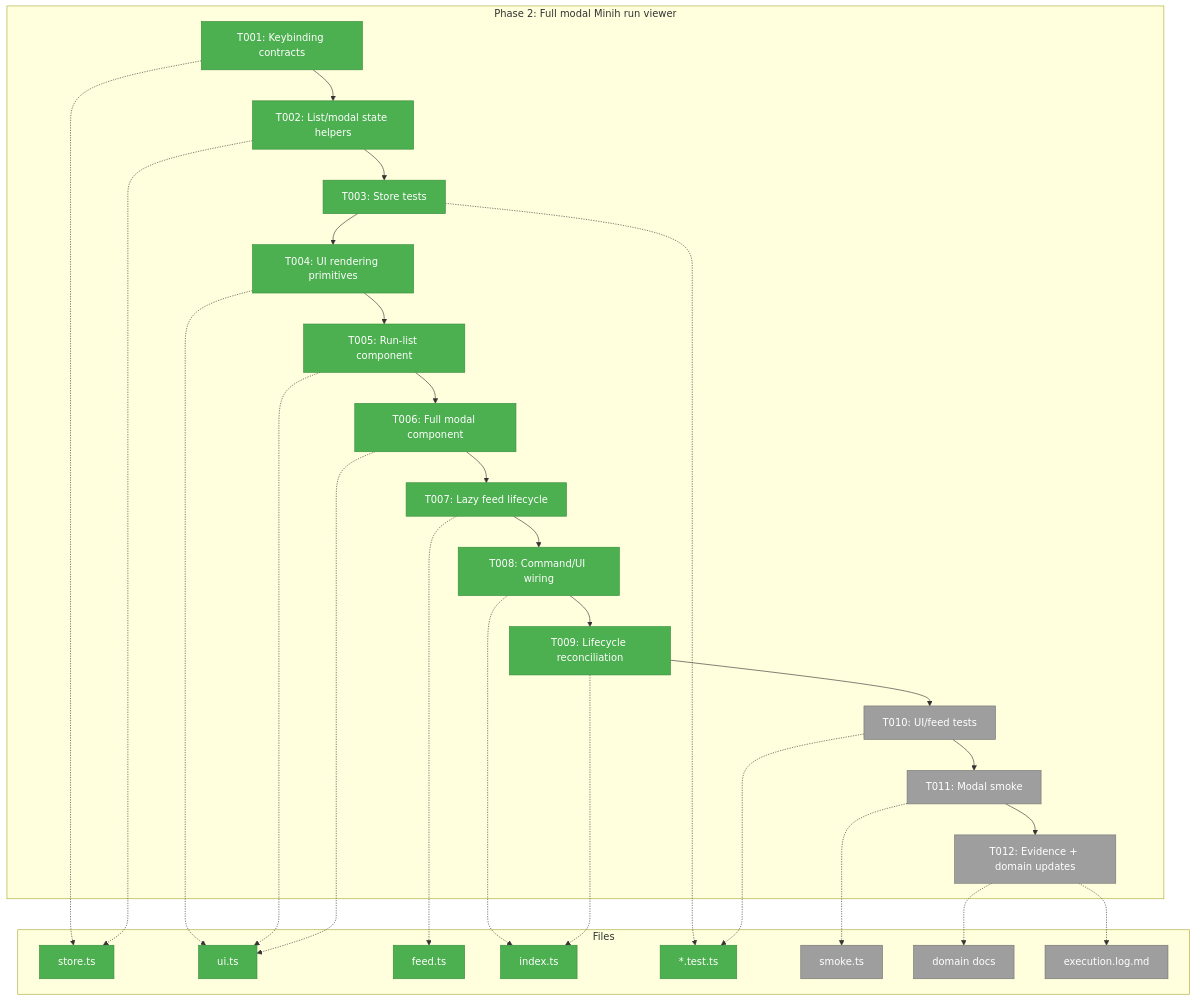
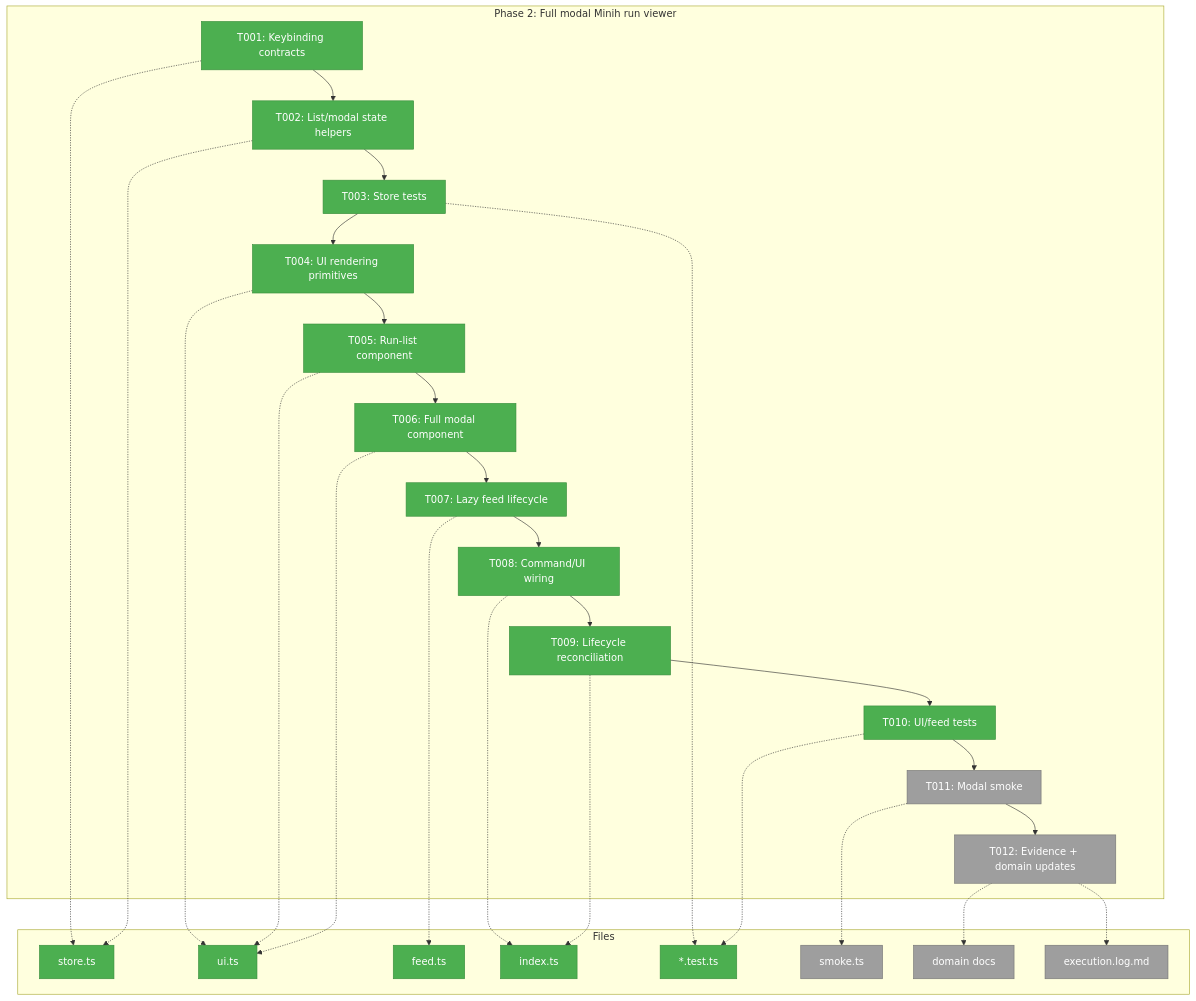
The first of 3 diagrams in docs/plans/007-options-for-pi-extensions-that-do-subagents/tasks/phase-2-full-modal-minih-run-viewer/tasks.md (vaughanknight/pij), drawn with Mermaid before and after one commit. The commit also changed other lines of this file and 4 other files, not shown here.

````diff
--- a/docs/plans/007-options-for-pi-extensions-that-do-subagents/tasks/phase-2-full-modal-minih-run-viewer/tasks.md
+++ b/docs/plans/007-options-for-pi-extensions-that-do-subagents/tasks/phase-2-full-modal-minih-run-viewer/tasks.md
@@ -135,47 +135,47 @@
 ```mermaid
 flowchart TD
     classDef pending fill:#9E9E9E,stroke:#757575,color:#fff
     classDef inprogress fill:#FFC107,stroke:#FFA000,color:#000
     classDef completed fill:#4CAF50,stroke:#388E3C,color:#fff
 
     subgraph Phase["Phase 2: Full modal Minih run viewer"]
         T001["T001: Keybinding contracts"]:::completed
         T002["T002: List/modal state helpers"]:::completed
         T003["T003: Store tests"]:::completed
         T004["T004: UI rendering primitives"]:::completed
         T005["T005: Run-list component"]:::completed
         T006["T006: Full modal component"]:::completed
         T007["T007: Lazy feed lifecycle"]:::completed
         T008["T008: Command/UI wiring"]:::completed
         T009["T009: Lifecycle reconciliation"]:::completed
-        T010["T010: UI/feed tests"]:::pending
+        T010["T010: UI/feed tests"]:::completed
         T011["T011: Modal smoke"]:::pending
         T012["T012: Evidence + domain updates"]:::pending
         T001 --> T002 --> T003 --> T004 --> T005 --> T006 --> T007 --> T008 --> T009 --> T010 --> T011 --> T012
     end
 
     subgraph Files["Files"]
         F1["store.ts"]:::completed
         F2["ui.ts"]:::completed
         F3["feed.ts"]:::completed
         F4["index.ts"]:::completed
         F5["*.test.ts"]:::completed
         F6["smoke.ts"]:::pending
         F7["domain docs"]:::pending
         F8["execution.log.md"]:::pending
     end
 
     T001 -.-> F1
     T002 -.-> F1
     T003 -.-> F5
     T004 -.-> F2
     T005 -.-> F2
     T006 -.-> F2
     T007 -.-> F3
     T008 -.-> F4
     T009 -.-> F4
     T010 -.-> F5
     T011 -.-> F6
     T012 -.-> F7
     T012 -.-> F8
 ```
````
